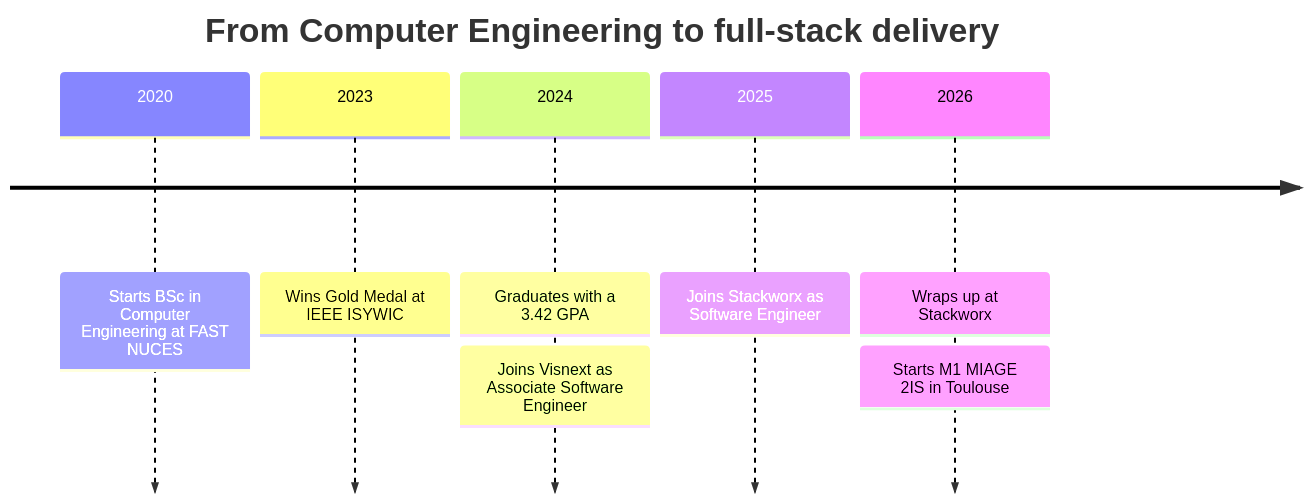
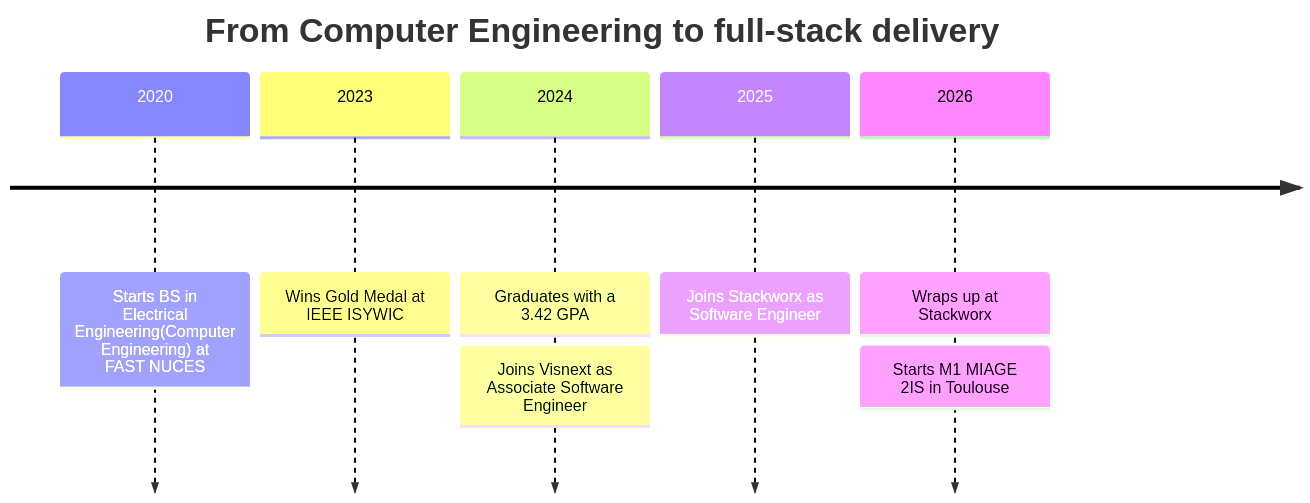
The first of 2 diagrams in README.md (Talha-Fakhar/Talha-Fakhar), drawn with Mermaid before and after one commit. The commit also changed other lines of this file, not shown here.

````diff
--- a/README.md
+++ b/README.md
@@ -43,9 +43,9 @@
 ```mermaid
 timeline
     title From Computer Engineering to full-stack delivery
-    2020 : Starts BSc in Computer Engineering at FAST NUCES
+    2020 : Starts BS in Electrical Engineering(Computer Engineering) at FAST NUCES
     2023 : Wins Gold Medal at IEEE ISYWIC
     2024 : Graduates with a 3.42 GPA : Joins Visnext as Associate Software Engineer
     2025 : Joins Stackworx as Software Engineer
     2026 : Wraps up at Stackworx : Starts M1 MIAGE 2IS in Toulouse
 ```
````
